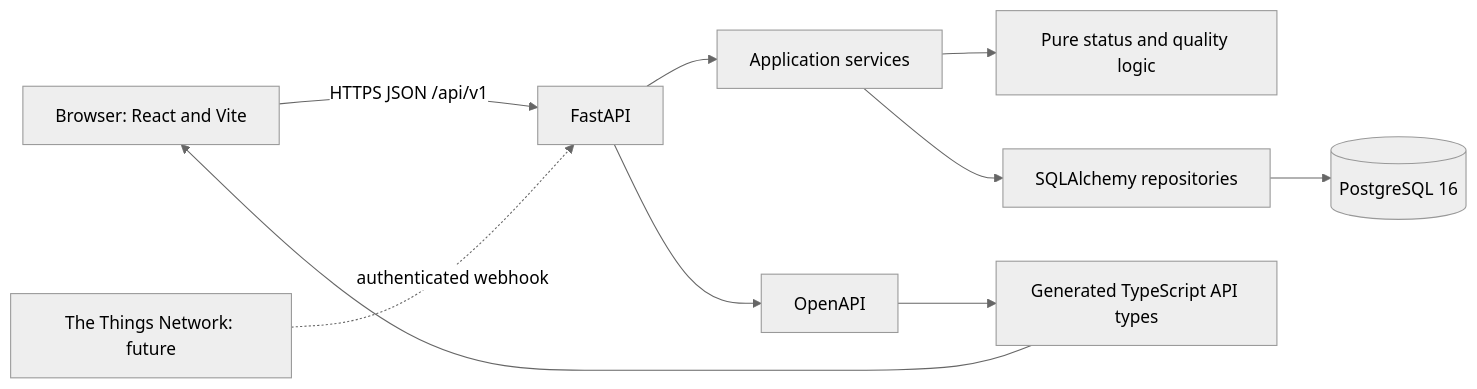
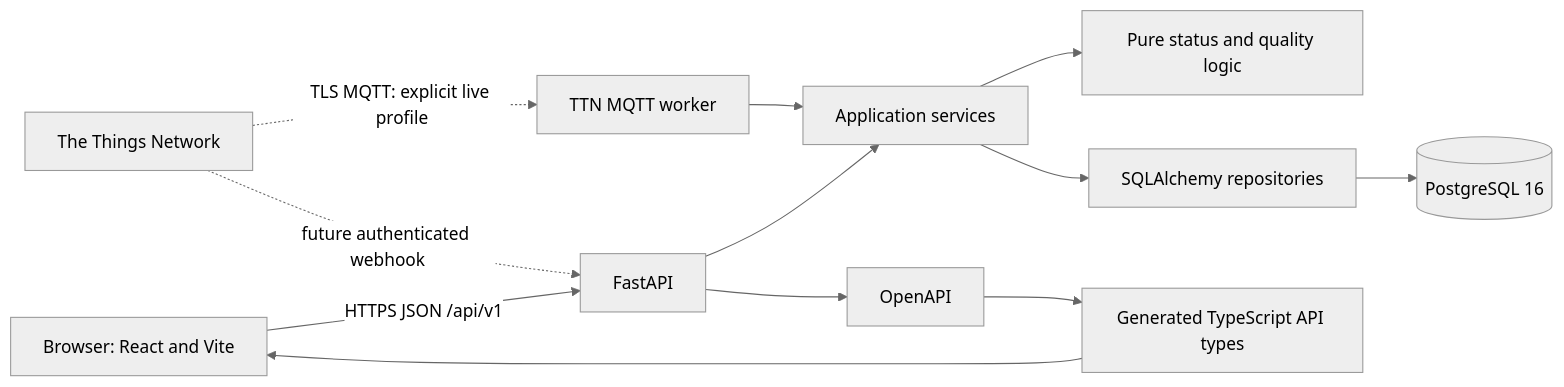
The diagram in docs/architecture.md (QAQ66-DU/rain-garden-dashboard), drawn with Mermaid (neutral theme) before and after one commit. The commit also changed other lines of this file and 18 other files, not shown here.

Commit message:
feat: prepare live TTN MQTT ingestion

````diff
--- a/docs/architecture.md
+++ b/docs/architecture.md
@@ -7,12 +7,14 @@
 ```mermaid
 flowchart LR
     Browser[Browser: React and Vite] -->|HTTPS JSON /api/v1| API[FastAPI]
-    TTN[The Things Network: future] -.->|authenticated webhook| API
+    TTN[The Things Network] -.->|TLS MQTT: explicit live profile| Worker[TTN MQTT worker]
+    Worker --> Services
+    TTN -.->|future authenticated webhook| API
     API --> Services[Application services]
     Services --> Domain[Pure status and quality logic]
     Services --> Repositories[SQLAlchemy repositories]
     Repositories --> DB[(PostgreSQL 16)]
     API --> Schema[OpenAPI]
     Schema --> Generated[Generated TypeScript API types]
     Generated --> Browser
 ```
````
